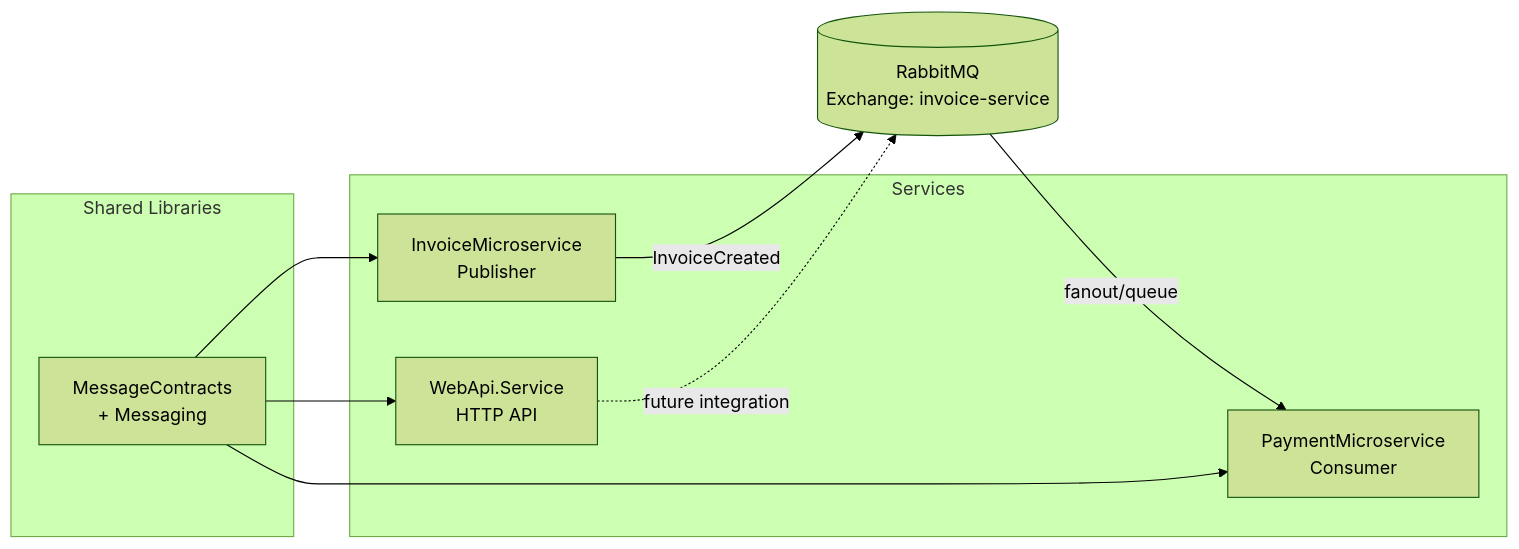
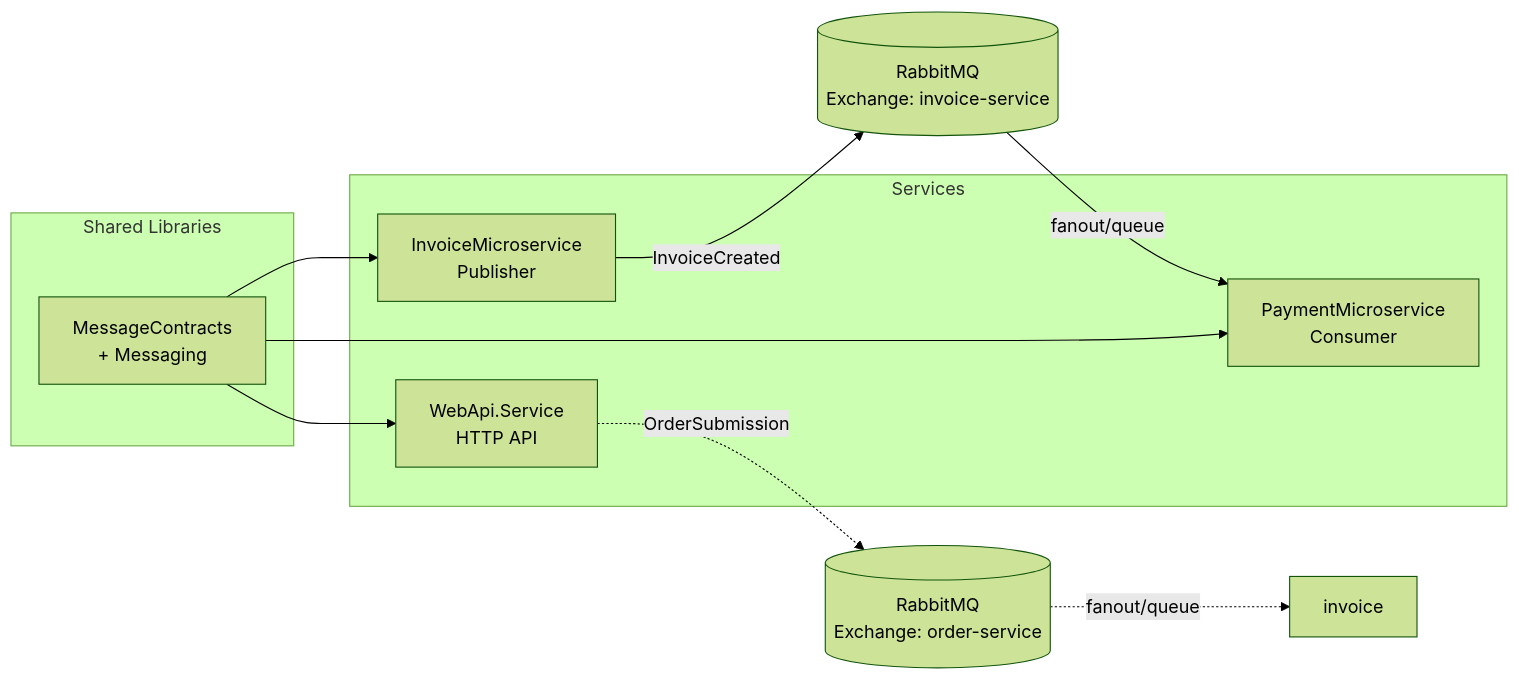
The first of 3 diagrams in README.md (DragceSU/AspireProject), drawn with Mermaid (forest theme) before and after one commit. The commit also changed other lines of this file and 35 other files, not shown here.

````diff
--- a/README.md
+++ b/README.md
@@ -18,20 +19,21 @@
 ```mermaid
 flowchart LR
     subgraph Services
         A[WebApi.Service<br/>HTTP API]
         B[InvoiceMicroservice<br/>Publisher]
         C[PaymentMicroservice<br/>Consumer]
     end
 
     B -- InvoiceCreated --> Q[(RabbitMQ<br/>Exchange: invoice-service)]
     Q -- fanout/queue --> C
-    A -. future integration .-> Q
+    A -. OrderSubmission .-> O[(RabbitMQ<br/>Exchange: order-service)]
+    O -. fanout/queue .-> invoice
 
     subgraph Shared Libraries
         M[MessageContracts<br/>+ Messaging]
     end
 
     M --> B
     M --> C
     M --> A
 ```
````
